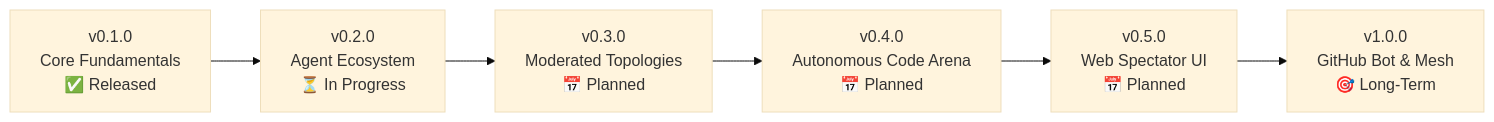
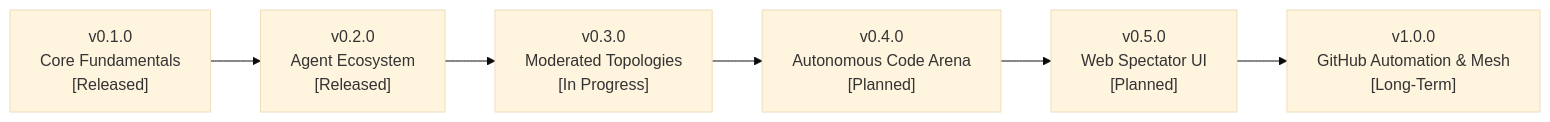
The diagram in ROADMAP.md (rikbon/DialecticArena), drawn with Mermaid (base theme) before and after one commit. The commit also changed other lines of this file and 5 other files, not shown here.

````diff
--- a/ROADMAP.md
+++ b/ROADMAP.md
@@ -5,8 +5,8 @@
 ```mermaid
 flowchart LR
-    M1["v0.1.0\nCore Fundamentals\n✅ Released"] --> M2["v0.2.0\nAgent Ecosystem\n⏳ In Progress"]
-    M2 --> M3["v0.3.0\nModerated Topologies\n📅 Planned"]
-    M3 --> M4["v0.4.0\nAutonomous Code Arena\n📅 Planned"]
-    M4 --> M5["v0.5.0\nWeb Spectator UI\n📅 Planned"]
-    M5 --> M6["v1.0.0\nGitHub Bot & Mesh\n🎯 Long-Term"]
+    M1["v0.1.0\nCore Fundamentals\n[Released]"] --> M2["v0.2.0\nAgent Ecosystem\n[Released]"]
+    M2 --> M3["v0.3.0\nModerated Topologies\n[In Progress]"]
+    M3 --> M4["v0.4.0\nAutonomous Code Arena\n[Planned]"]
+    M4 --> M5["v0.5.0\nWeb Spectator UI\n[Planned]"]
+    M5 --> M6["v1.0.0\nGitHub Automation & Mesh\n[Long-Term]"]
 ```
````
